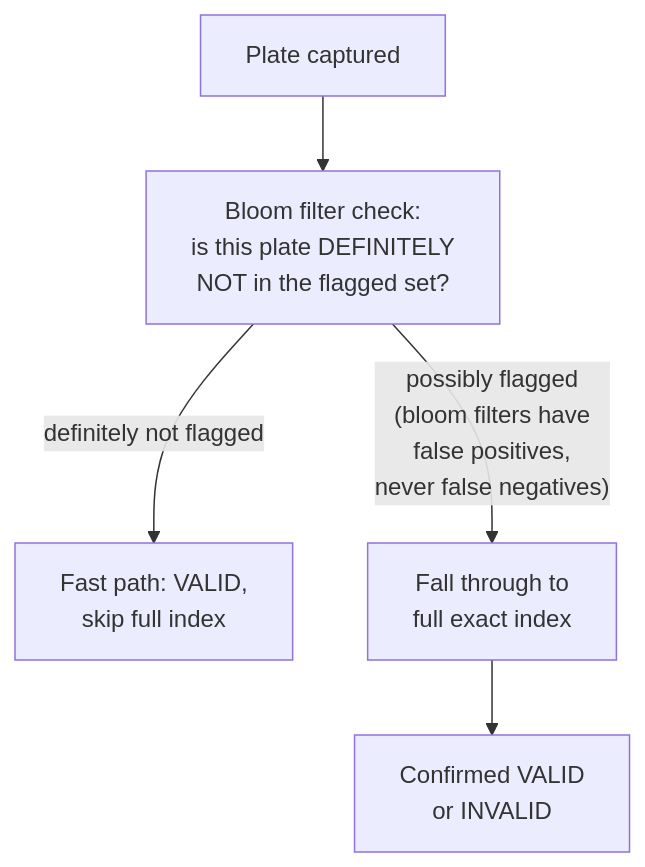
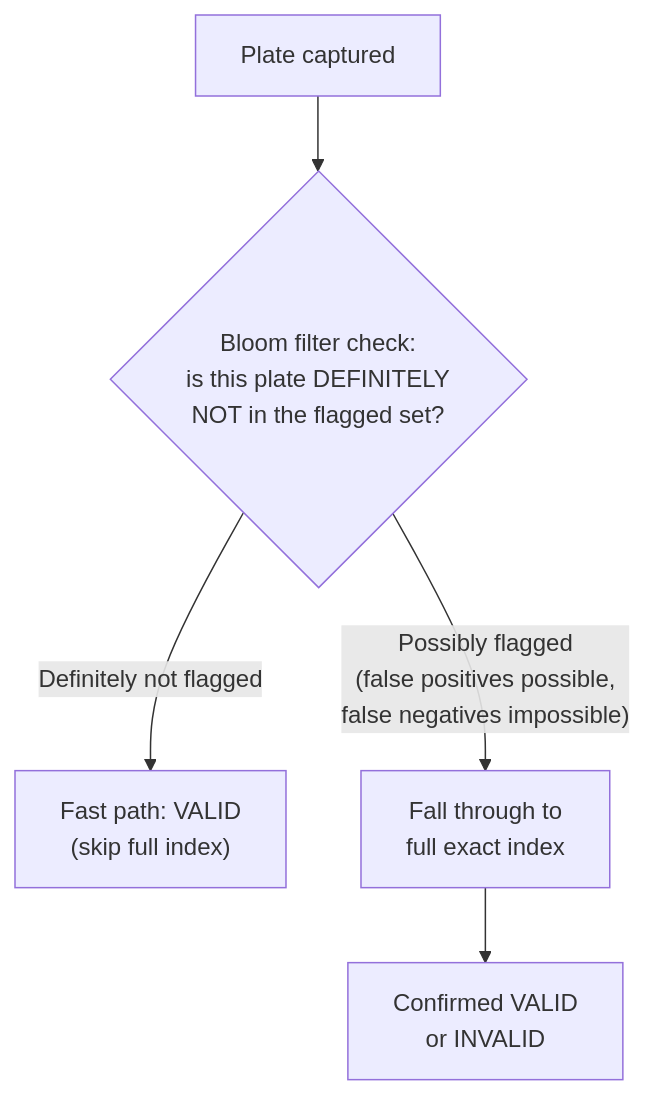
The fourth of 12 diagrams in system-design/HLD/0-course/49-Toll-Vehicle-Insurance-Validity-Check-FAANG-Guide-story.md (riyaz-pasha/Learnings), drawn with Mermaid before and after one commit. The commit also changed other lines of this file and 1 other file, not shown here.

Commit message:
[REWRITE] Toll Vehicle Insurance Validity Check story guide: simplify prose, add structure, fix diagrams

````diff
--- a/system-design/HLD/0-course/49-Toll-Vehicle-Insurance-Validity-Check-FAANG-Guide-story.md
+++ b/system-design/HLD/0-course/49-Toll-Vehicle-Insurance-Validity-Check-FAANG-Guide-story.md
@@ -98,7 +199,7 @@
 ```mermaid
 flowchart TD
-    A["Plate captured"] --> B["Bloom filter check:\nis this plate DEFINITELY\nNOT in the flagged set?"]
-    B -->|"definitely not flagged"| C["Fast path: VALID,\nskip full index"]
-    B -->|"possibly flagged\n(bloom filters have\nfalse positives,\nnever false negatives)"| D["Fall through to\nfull exact index"]
-    D --> E["Confirmed VALID\nor INVALID"]
+    A["Plate captured"] --> B{"Bloom filter check:<br/>is this plate DEFINITELY<br/>NOT in the flagged set?"}
+    B -->|"Definitely not flagged"| C["Fast path: VALID<br/>(skip full index)"]
+    B -->|"Possibly flagged<br/>(false positives possible,<br/>false negatives impossible)"| D["Fall through to<br/>full exact index"]
+    D --> E["Confirmed VALID<br/>or INVALID"]
 ```
````
